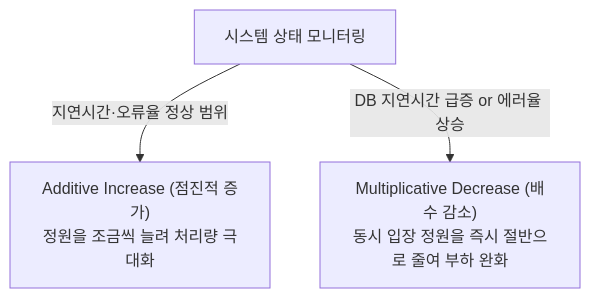
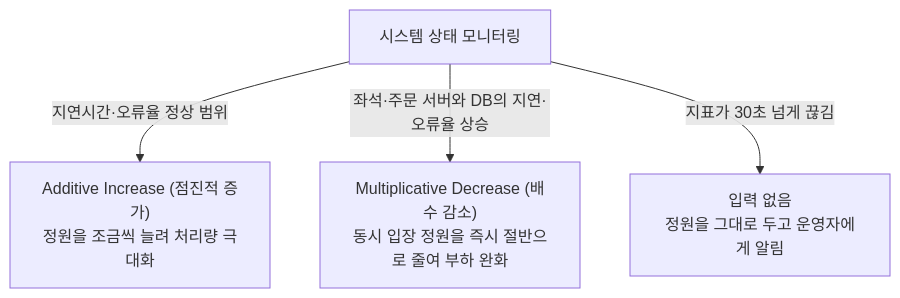
The fourth of 5 diagrams in guide/03-admission.md (peaket/peaket), drawn with Mermaid before and after one commit. The commit also changed other lines of this file and 228 other files, not shown here.

````diff
--- a/guide/03-admission.md
+++ b/guide/03-admission.md
@@ -96,5 +105,6 @@
 ```mermaid
 flowchart TD
     A["시스템 상태 모니터링"] -->|지연시간·오류율 정상 범위| B["Additive Increase (점진적 증가)<br>정원을 조금씩 늘려 처리량 극대화"]
-    A -->|DB 지연시간 급증 or 에러율 상승| C["Multiplicative Decrease (배수 감소)<br>동시 입장 정원을 즉시 절반으로 줄여 부하 완화"]
+    A -->|좌석·주문 서버와 DB의 지연·오류율 상승| C["Multiplicative Decrease (배수 감소)<br>동시 입장 정원을 즉시 절반으로 줄여 부하 완화"]
+    A -->|지표가 30초 넘게 끊김| H["입력 없음<br>정원을 그대로 두고 운영자에게 알림"]
 ```
````
